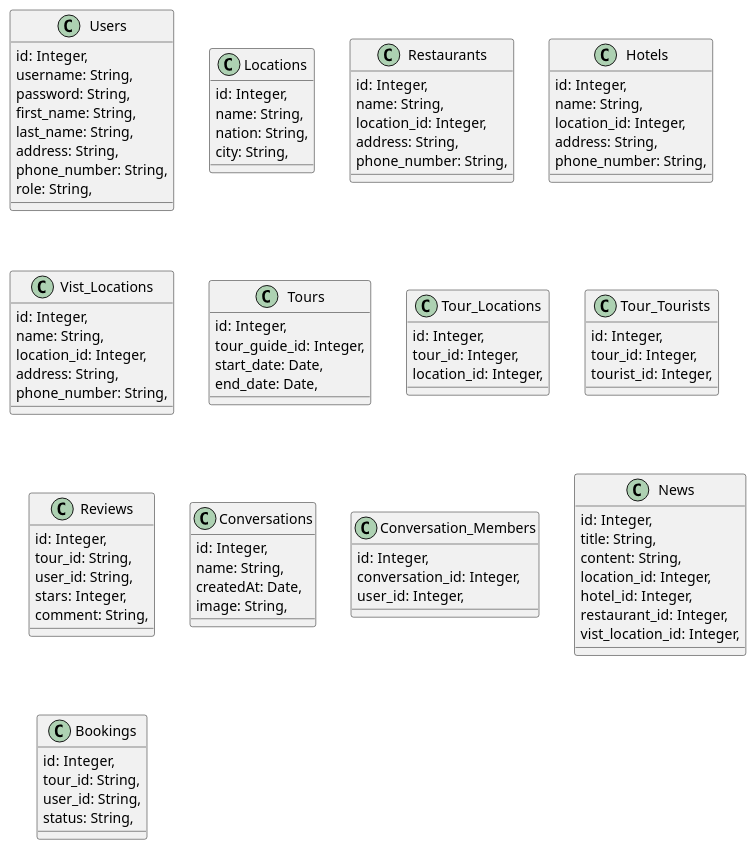
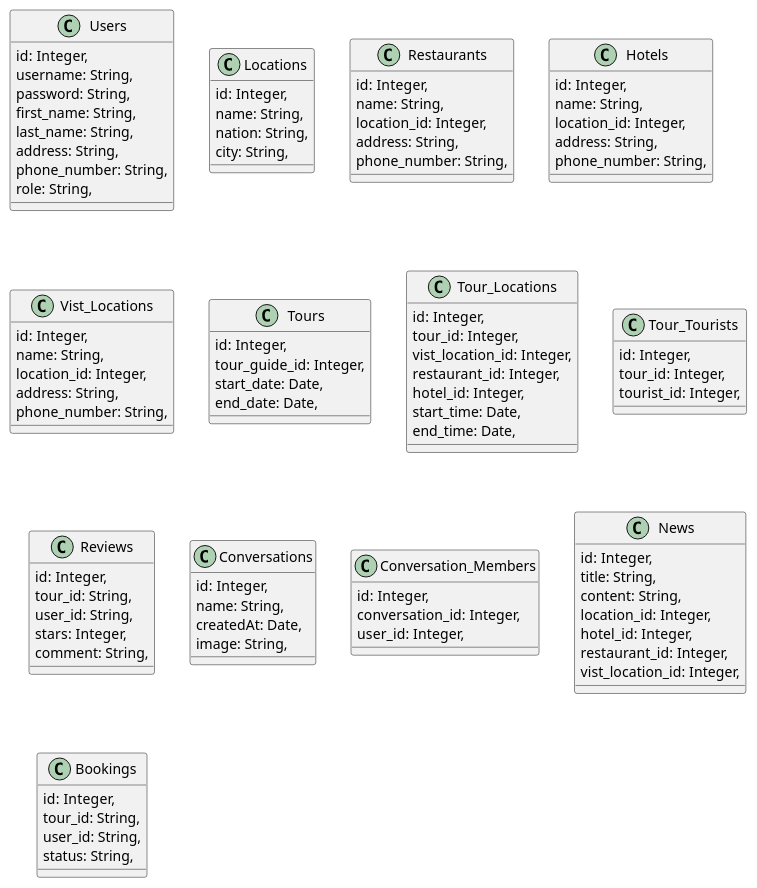
Before and after one commit to Khoitran0205/SE357-Pratice-class: the diagram in lab1.2/class_diagram.plantuml, drawn with PlantUML.

```diff
--- a/lab1.2/class_diagram.plantuml
+++ b/lab1.2/class_diagram.plantuml
@@ -1,102 +1,106 @@
 @startuml Lab1.2_class_diagram
 
 class Users {
     id: Integer,
     username: String,
     password: String,
     first_name: String,
     last_name: String,
     address: String,
     phone_number: String,
     role: String,
 }
 
 class Locations {
     id: Integer,
     name: String,
     nation: String,
     city: String,
 }
 
 class Restaurants {
     id: Integer,
     name: String,
     location_id: Integer,
     address: String,
     phone_number: String,
 }
 
 class Hotels {
     id: Integer,
     name: String,
     location_id: Integer,
     address: String,
     phone_number: String,
 }
 
 class Vist_Locations {
     id: Integer,
     name: String,
     location_id: Integer,
     address: String,
     phone_number: String,
 }
 
 class Tours {
     id: Integer,
     tour_guide_id: Integer,
     start_date: Date,
     end_date: Date,
 }
 
 class Tour_Locations {
     id: Integer,
     tour_id: Integer,
-    location_id: Integer,
+    vist_location_id: Integer,
+    restaurant_id: Integer,
+    hotel_id: Integer,
+    start_time: Date,
+    end_time: Date,
 }
 
 class Tour_Tourists {
     id: Integer,
     tour_id: Integer,
     tourist_id: Integer,
 }
 
 class Reviews {
     id: Integer,
     tour_id: String,
     user_id: String,
     stars: Integer,
     comment: String,
 }
 
 class Conversations {
     id: Integer,
     name: String,
     createdAt: Date,
     image: String,
 }
 
 class Conversation_Members {
     id: Integer,
     conversation_id: Integer,
     user_id: Integer,
 }
 
 class News {
     id: Integer,
     title: String,
     content: String,
     location_id: Integer,
     hotel_id: Integer,
     restaurant_id: Integer,
     vist_location_id: Integer,
 }
 
 class Bookings {
     id: Integer,
     tour_id: String,
     user_id: String,
     status: String,
 }
 
 @enduml
```
